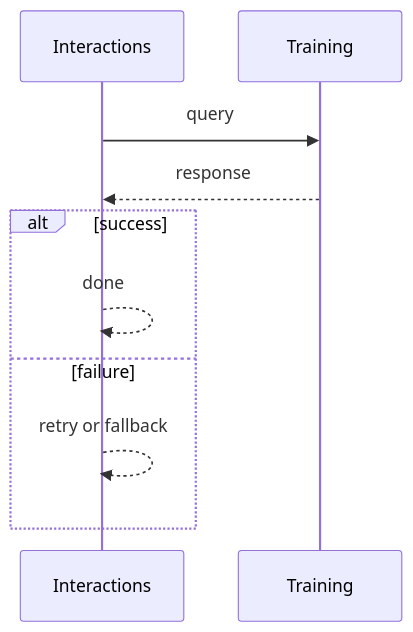
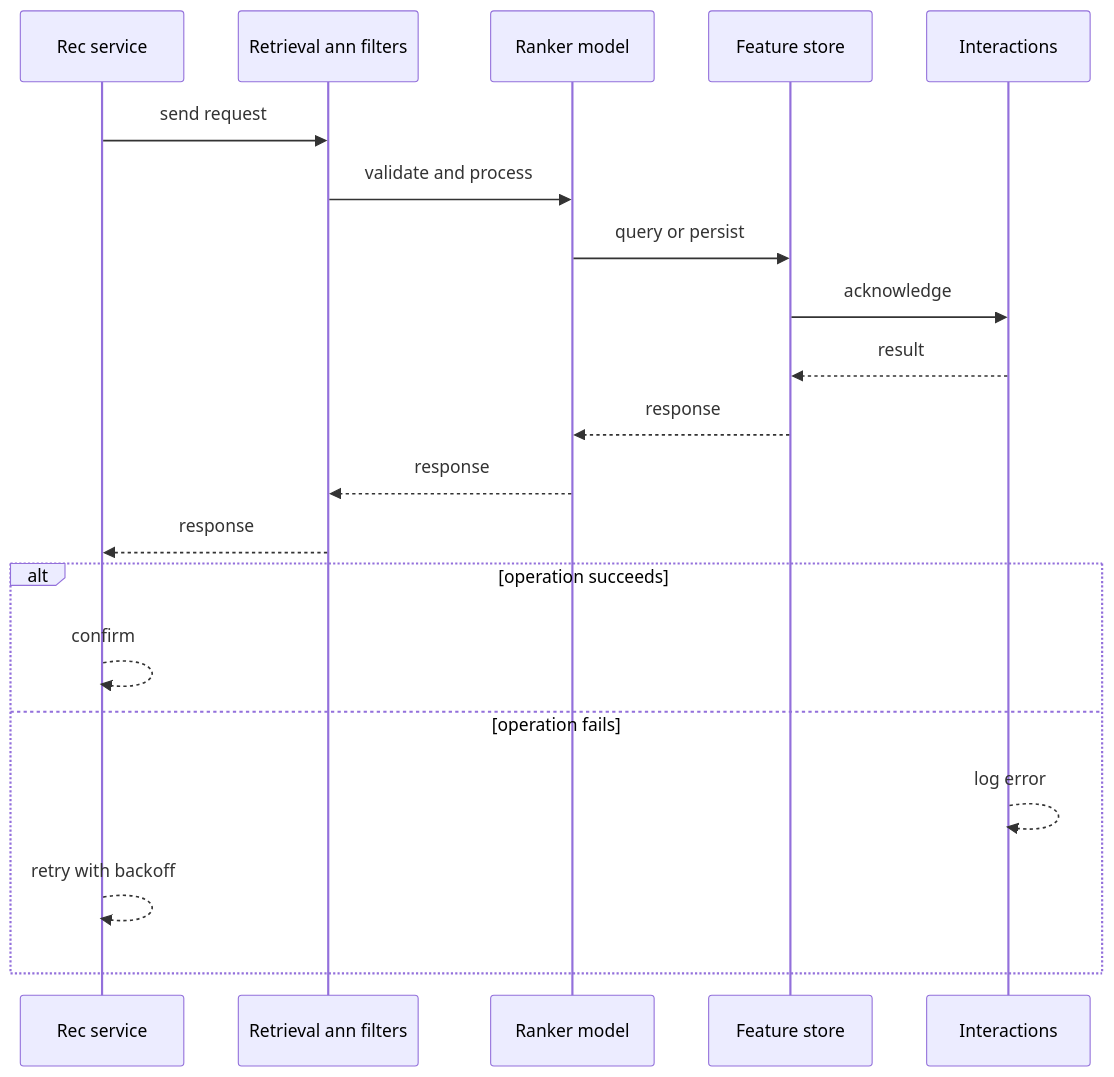
One commit to RIT-MESH/system-design-mastery changed the second of 4 diagrams in case-studies/advanced/recommendation-engine.md. Above: the diagram before and after it, drawn with Mermaid. The commit also changed other lines of this file and 64 other files, not shown here.

````diff
--- a/case-studies/advanced/recommendation-engine.md
+++ b/case-studies/advanced/recommendation-engine.md
@@ -76,13 +64,23 @@
 ```mermaid
 %% created-for: system-design-mastery
 sequenceDiagram
-  participant P0 as Interactions
-  participant P1 as Training
-  P0 ->> P1: query
-  P1 -->> P0: response
-  alt success
-    P0 -->> P0: done
-  else failure
-    P0 -->> P0: retry or fallback
+  participant C0 as Rec service
+  participant C1 as Retrieval ann filters
+  participant C2 as Ranker model
+  participant C3 as Feature store
+  participant C4 as Interactions
+  C0 ->> C1: send request
+  C1 ->> C2: validate and process
+  C2 ->> C3: query or persist
+  C3 ->> C4: acknowledge
+  C4 -->> C3: result
+  C3 -->> C2: response
+  C2 -->> C1: response
+  C1 -->> C0: response
+  alt operation succeeds
+    C0 -->> C0: confirm
+  else operation fails
+    C4 -->> C4: log error
+    C0 -->> C0: retry with backoff
   end
 ```
````
